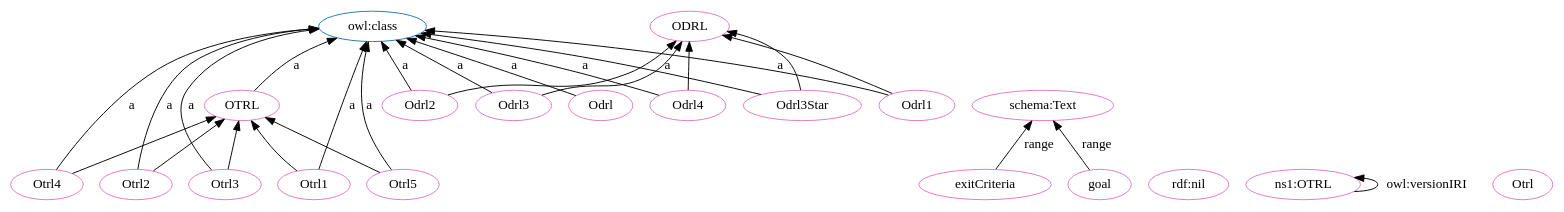
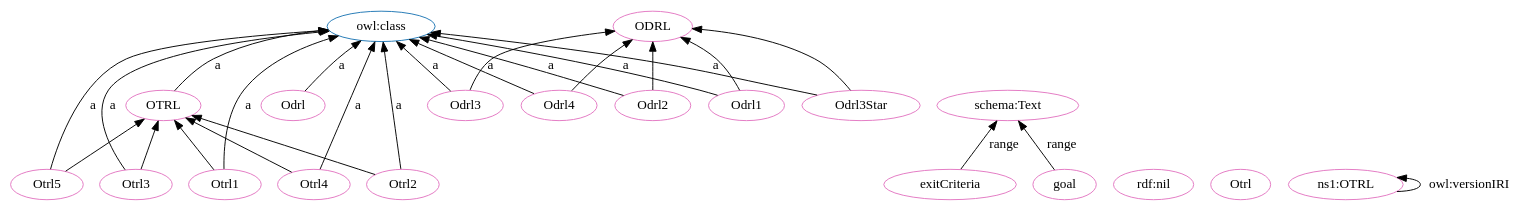
One commit to OPEN-NEXT/OKH-LOSH changed the diagram in OTRL-clean.dot. Above: the diagram before and after it, drawn with Graphviz. The commit also changed other lines of this file and 15 other files, not shown here.

```diff
--- a/OTRL-clean.dot
+++ b/OTRL-clean.dot
@@ -1,51 +1,51 @@
 digraph G {
   rankdir=BT
   node[height=.3]
-"http://purl.org/oseg/ontologies/OTRL#OTRL" [fillcolor="#1f77b4" color="#1f77b4" label="OTRL"]
 "http://www.w3.org/2002/07/owl#class" [fillcolor="#1f77b4" color="#1f77b4" label="owl:class"]
 "http://purl.org/oseg/ontologies/OTRL#ODRL" [fillcolor="#1f77b4" color="#1f77b4" label="ODRL"]
+"http://purl.org/oseg/ontologies/OTRL#OTRL" [fillcolor="#1f77b4" color="#1f77b4" label="OTRL"]
+"http://purl.org/oseg/ontologies/OTRL#exitCriteria" [fillcolor="#e377c2" color="#e377c2" label="exitCriteria"]
+"http://purl.org/oseg/ontologies/OTRL#Odrl4" [fillcolor="#e377c2" color="#e377c2" label="Odrl4"]
+"http://www.w3.org/1999/02/22-rdf-syntax-ns#nil" [fillcolor="#e377c2" color="#e377c2" label="rdf:nil"]
+"http://purl.org/oseg/ontologies/OTRL#ODRL" [fillcolor="#e377c2" color="#e377c2" label="ODRL"]
+"http://purl.org/oseg/ontologies/OTRL#Otrl" [fillcolor="#e377c2" color="#e377c2" label="Otrl"]
+"http://purl.org/oseg/ontologies/OTRL#Odrl" [fillcolor="#e377c2" color="#e377c2" label="Odrl"]
+"http://purl.org/oseg/ontologies/OTRL#Otrl5" [fillcolor="#e377c2" color="#e377c2" label="Otrl5"]
+"http://purl.org/oseg/ontologies/OTRL#OTRL" [fillcolor="#e377c2" color="#e377c2" label="OTRL"]
+"http://purl.org/oseg/ontologies/OTRL#Odrl2" [fillcolor="#e377c2" color="#e377c2" label="Odrl2"]
+"http://purl.org/oseg/ontologies/OTRL#goal" [fillcolor="#e377c2" color="#e377c2" label="goal"]
+"http://purl.org/oseg/ontologies/OTRL#Otrl2" [fillcolor="#e377c2" color="#e377c2" label="Otrl2"]
 "http://schema.org/Text" [fillcolor="#e377c2" color="#e377c2" label="schema:Text"]
-"http://purl.org/oseg/ontologies/OTRL#OTRL" [fillcolor="#e377c2" color="#e377c2" label="OTRL"]
-"http://purl.org/oseg/ontologies/OTRL#exitCriteria" [fillcolor="#e377c2" color="#e377c2" label="exitCriteria"]
-"http://purl.org/oseg/ontologies/OTRL#Odrl" [fillcolor="#e377c2" color="#e377c2" label="Odrl"]
-"http://purl.org/oseg/ontologies/OTRL#ODRL" [fillcolor="#e377c2" color="#e377c2" label="ODRL"]
+"http://purl.org/oseg/ontologies/OTRL#Otrl1" [fillcolor="#e377c2" color="#e377c2" label="Otrl1"]
+"http://purl.org/oseg/ontologies/OTRL#Odrl3" [fillcolor="#e377c2" color="#e377c2" label="Odrl3"]
 "http://purl.org/oseg/ontologies/OTRL#Otrl3" [fillcolor="#e377c2" color="#e377c2" label="Otrl3"]
+"http://purl.org/oseg/ontologies/OTRL" [fillcolor="#e377c2" color="#e377c2" label="ns1:OTRL"]
+"http://purl.org/oseg/ontologies/OTRL#Odrl1" [fillcolor="#e377c2" color="#e377c2" label="Odrl1"]
+"http://purl.org/oseg/ontologies/OTRL#Otrl4" [fillcolor="#e377c2" color="#e377c2" label="Otrl4"]
 "http://purl.org/oseg/ontologies/OTRL#Odrl3Star" [fillcolor="#e377c2" color="#e377c2" label="Odrl3Star"]
-"http://purl.org/oseg/ontologies/OTRL#Otrl1" [fillcolor="#e377c2" color="#e377c2" label="Otrl1"]
-"http://purl.org/oseg/ontologies/OTRL#Otrl2" [fillcolor="#e377c2" color="#e377c2" label="Otrl2"]
-"http://purl.org/oseg/ontologies/OTRL#Odrl3" [fillcolor="#e377c2" color="#e377c2" label="Odrl3"]
-"http://www.w3.org/1999/02/22-rdf-syntax-ns#nil" [fillcolor="#e377c2" color="#e377c2" label="rdf:nil"]
-"http://purl.org/oseg/ontologies/OTRL#goal" [fillcolor="#e377c2" color="#e377c2" label="goal"]
-"http://purl.org/oseg/ontologies/OTRL#Otrl4" [fillcolor="#e377c2" color="#e377c2" label="Otrl4"]
-"http://purl.org/oseg/ontologies/OTRL#Odrl2" [fillcolor="#e377c2" color="#e377c2" label="Odrl2"]
-"http://purl.org/oseg/ontologies/OTRL#Otrl5" [fillcolor="#e377c2" color="#e377c2" label="Otrl5"]
-"http://purl.org/oseg/ontologies/OTRL" [fillcolor="#e377c2" color="#e377c2" label="ns1:OTRL"]
-"http://purl.org/oseg/ontologies/OTRL#Odrl4" [fillcolor="#e377c2" color="#e377c2" label="Odrl4"]
-"http://purl.org/oseg/ontologies/OTRL#Odrl1" [fillcolor="#e377c2" color="#e377c2" label="Odrl1"]
-"http://purl.org/oseg/ontologies/OTRL#Otrl" [fillcolor="#e377c2" color="#e377c2" label="Otrl"]
+  "http://purl.org/oseg/ontologies/OTRL#Odrl4" -> "http://www.w3.org/2002/07/owl#class" [label="a"]
+  "http://purl.org/oseg/ontologies/OTRL#Odrl2" -> "http://purl.org/oseg/ontologies/OTRL#ODRL" [label=""]
+  "http://purl.org/oseg/ontologies/OTRL#Odrl1" -> "http://purl.org/oseg/ontologies/OTRL#ODRL" [label=""]
+  "http://purl.org/oseg/ontologies/OTRL#Odrl3" -> "http://purl.org/oseg/ontologies/OTRL#ODRL" [label=""]
   "http://purl.org/oseg/ontologies/OTRL#Odrl" -> "http://www.w3.org/2002/07/owl#class" [label="a"]
-  "http://purl.org/oseg/ontologies/OTRL#Otrl3" -> "http://www.w3.org/2002/07/owl#class" [label="a"]
+  "http://purl.org/oseg/ontologies/OTRL#Otrl5" -> "http://purl.org/oseg/ontologies/OTRL#OTRL" [label=""]
+  "http://purl.org/oseg/ontologies/OTRL#Odrl3Star" -> "http://purl.org/oseg/ontologies/OTRL#ODRL" [label=""]
+  "http://purl.org/oseg/ontologies/OTRL#Otrl4" -> "http://purl.org/oseg/ontologies/OTRL#OTRL" [label=""]
+  "http://purl.org/oseg/ontologies/OTRL" -> "http://purl.org/oseg/ontologies/OTRL" [label="owl:versionIRI"]
+  "http://purl.org/oseg/ontologies/OTRL#Otrl3" -> "http://purl.org/oseg/ontologies/OTRL#OTRL" [label=""]
+  "http://purl.org/oseg/ontologies/OTRL#exitCriteria" -> "http://schema.org/Text" [label="range"]
+  "http://purl.org/oseg/ontologies/OTRL#Odrl1" -> "http://www.w3.org/2002/07/owl#class" [label="a"]
+  "http://purl.org/oseg/ontologies/OTRL#Otrl4" -> "http://www.w3.org/2002/07/owl#class" [label="a"]
+  "http://purl.org/oseg/ontologies/OTRL#Odrl4" -> "http://purl.org/oseg/ontologies/OTRL#ODRL" [label=""]
+  "http://purl.org/oseg/ontologies/OTRL#Otrl2" -> "http://purl.org/oseg/ontologies/OTRL#OTRL" [label=""]
   "http://purl.org/oseg/ontologies/OTRL#Odrl3Star" -> "http://www.w3.org/2002/07/owl#class" [label="a"]
-  "http://purl.org/oseg/ontologies/OTRL#Otrl1" -> "http://www.w3.org/2002/07/owl#class" [label="a"]
-  "http://purl.org/oseg/ontologies/OTRL#Otrl2" -> "http://www.w3.org/2002/07/owl#class" [label="a"]
-  "http://purl.org/oseg/ontologies/OTRL#Odrl3Star" -> "http://purl.org/oseg/ontologies/OTRL#ODRL" [label=""]
-  "http://purl.org/oseg/ontologies/OTRL#Odrl3" -> "http://www.w3.org/2002/07/owl#class" [label="a"]
-  "http://purl.org/oseg/ontologies/OTRL#Odrl3" -> "http://purl.org/oseg/ontologies/OTRL#ODRL" [label=""]
   "http://purl.org/oseg/ontologies/OTRL#Otrl5" -> "http://www.w3.org/2002/07/owl#class" [label="a"]
   "http://purl.org/oseg/ontologies/OTRL#OTRL" -> "http://www.w3.org/2002/07/owl#class" [label="a"]
-  "http://purl.org/oseg/ontologies/OTRL#Otrl5" -> "http://purl.org/oseg/ontologies/OTRL#OTRL" [label=""]
-  "http://purl.org/oseg/ontologies/OTRL#Odrl1" -> "http://purl.org/oseg/ontologies/OTRL#ODRL" [label=""]
-  "http://purl.org/oseg/ontologies/OTRL#Otrl2" -> "http://purl.org/oseg/ontologies/OTRL#OTRL" [label=""]
-  "http://purl.org/oseg/ontologies/OTRL#Odrl2" -> "http://purl.org/oseg/ontologies/OTRL#ODRL" [label=""]
-  "http://purl.org/oseg/ontologies/OTRL#exitCriteria" -> "http://schema.org/Text" [label="range"]
-  "http://purl.org/oseg/ontologies/OTRL#Otrl4" -> "http://purl.org/oseg/ontologies/OTRL#OTRL" [label=""]
+  "http://purl.org/oseg/ontologies/OTRL#Odrl2" -> "http://www.w3.org/2002/07/owl#class" [label="a"]
+  "http://purl.org/oseg/ontologies/OTRL#Otrl2" -> "http://www.w3.org/2002/07/owl#class" [label="a"]
   "http://purl.org/oseg/ontologies/OTRL#goal" -> "http://schema.org/Text" [label="range"]
-  "http://purl.org/oseg/ontologies/OTRL#Odrl4" -> "http://purl.org/oseg/ontologies/OTRL#ODRL" [label=""]
-  "http://purl.org/oseg/ontologies/OTRL#Otrl4" -> "http://www.w3.org/2002/07/owl#class" [label="a"]
-  "http://purl.org/oseg/ontologies/OTRL#Odrl2" -> "http://www.w3.org/2002/07/owl#class" [label="a"]
-  "http://purl.org/oseg/ontologies/OTRL#Odrl4" -> "http://www.w3.org/2002/07/owl#class" [label="a"]
-  "http://purl.org/oseg/ontologies/OTRL#Odrl1" -> "http://www.w3.org/2002/07/owl#class" [label="a"]
-  "http://purl.org/oseg/ontologies/OTRL#Otrl3" -> "http://purl.org/oseg/ontologies/OTRL#OTRL" [label=""]
+  "http://purl.org/oseg/ontologies/OTRL#Otrl1" -> "http://www.w3.org/2002/07/owl#class" [label="a"]
+  "http://purl.org/oseg/ontologies/OTRL#Odrl3" -> "http://www.w3.org/2002/07/owl#class" [label="a"]
+  "http://purl.org/oseg/ontologies/OTRL#Otrl3" -> "http://www.w3.org/2002/07/owl#class" [label="a"]
   "http://purl.org/oseg/ontologies/OTRL#Otrl1" -> "http://purl.org/oseg/ontologies/OTRL#OTRL" [label=""]
-  "http://purl.org/oseg/ontologies/OTRL" -> "http://purl.org/oseg/ontologies/OTRL" [label="owl:versionIRI"]
 }
```
